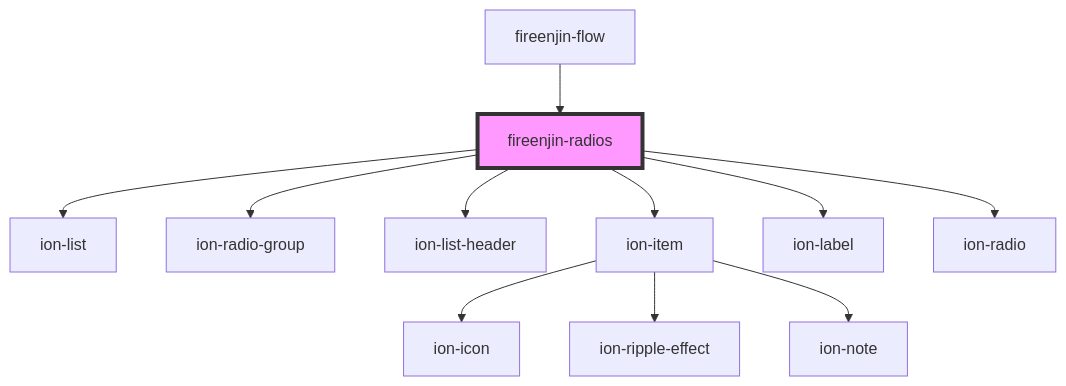
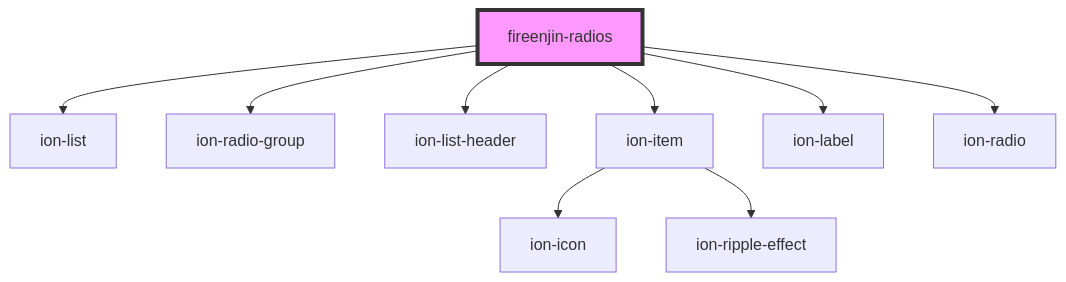
Before and after one commit to FireEnjin/Components: the diagram in src/components/radios/readme.md, drawn with Mermaid. The commit also changed other lines of this file and 73 other files, not shown here.

Commit message:
perf(): Update Ionic to v8 and Stenicl to 4 and remove flow component

````diff
--- a/src/components/radios/readme.md
+++ b/src/components/radios/readme.md
@@ -56,14 +52,12 @@
 ```mermaid
 graph TD;
   fireenjin-radios --> ion-list
   fireenjin-radios --> ion-radio-group
   fireenjin-radios --> ion-list-header
   fireenjin-radios --> ion-item
   fireenjin-radios --> ion-label
   fireenjin-radios --> ion-radio
   ion-item --> ion-icon
   ion-item --> ion-ripple-effect
-  ion-item --> ion-note
-  fireenjin-flow --> fireenjin-radios
   style fireenjin-radios fill:#f9f,stroke:#333,stroke-width:4px
 ```
````
